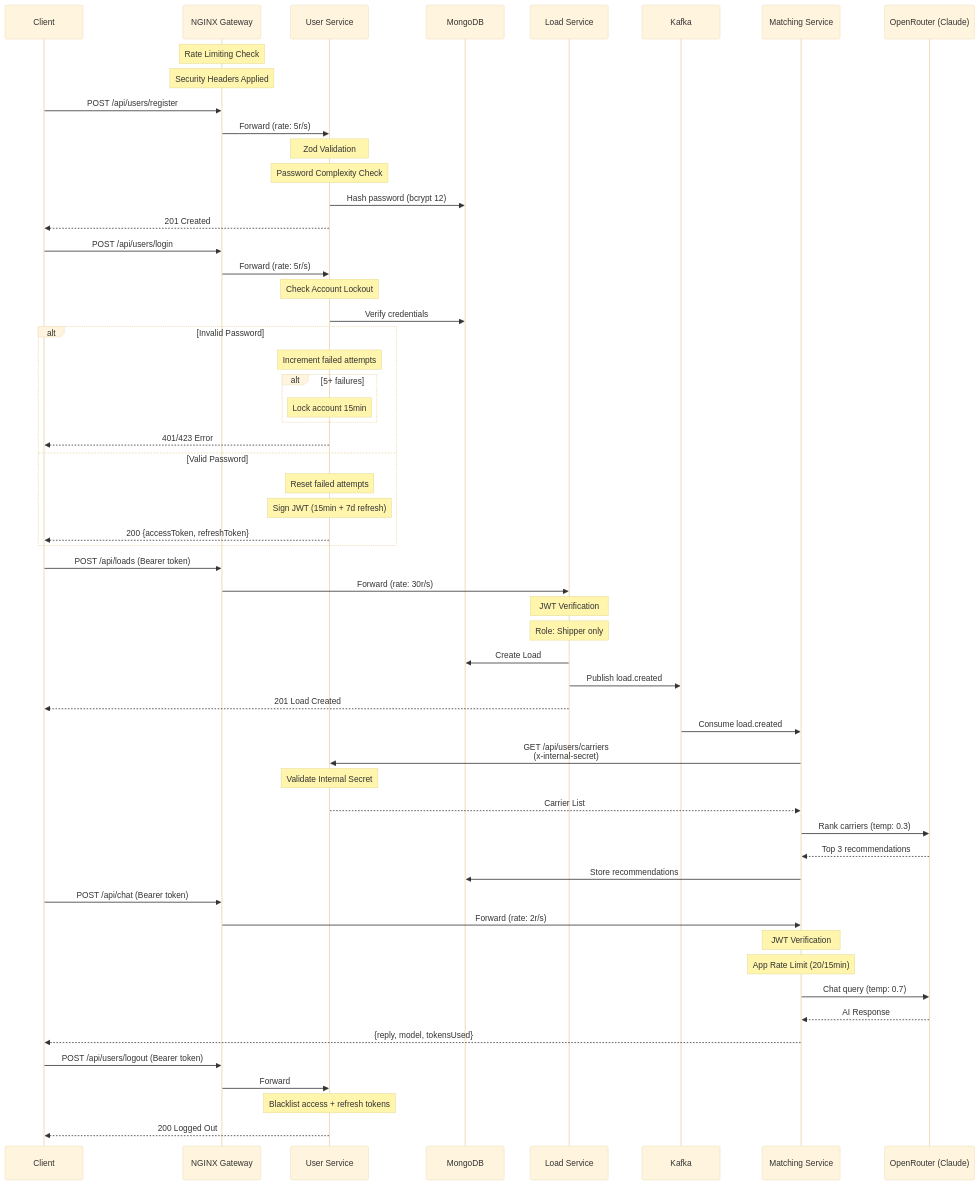
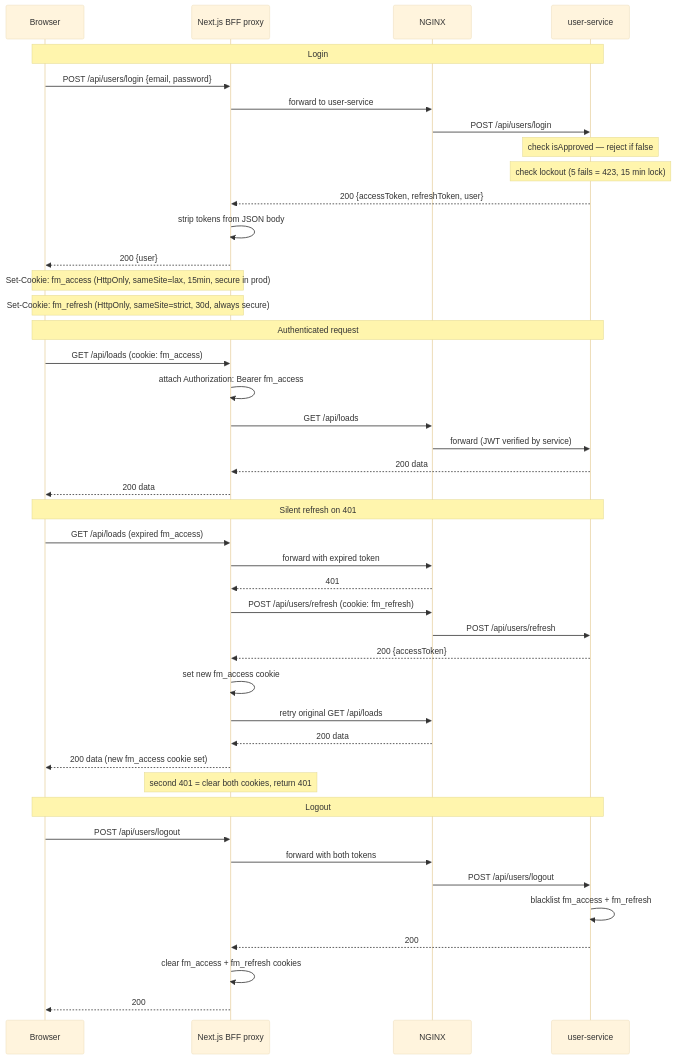
One commit to yigitbozyaka/freightmatch changed the third of 6 diagrams in docs/ARCHITECTURE.md. Above: the diagram before and after it, drawn with Mermaid (base theme). The commit also changed other lines of this file and 1 other file, not shown here.

First line of the commit message:
docs: rewrite ARCHITECTURE.md with renderable Mermaid diagrams (#99)

````diff
--- a/docs/ARCHITECTURE.md
+++ b/docs/ARCHITECTURE.md
@@ -145,66 +123,50 @@
 ```mermaid
 sequenceDiagram
-    participant C as Client
-    participant N as NGINX Gateway
-    participant U as User Service
-    participant DB as MongoDB
-    participant L as Load Service
-    participant K as Kafka
-    participant M as Matching Service
-    participant AI as OpenRouter (Claude)
+    participant Browser as Browser
+    participant BFF as Next.js BFF proxy
+    participant NGINX as NGINX
+    participant US as user-service
 
-    Note over N: Rate Limiting Check
-    Note over N: Security Headers Applied
+    Note over Browser,US: Login
+    Browser->>BFF: POST /api/users/login {email, password}
+    BFF->>NGINX: forward to user-service
+    NGINX->>US: POST /api/users/login
+    Note over US: check isApproved — reject if false
+    Note over US: check lockout (5 fails = 423, 15 min lock)
+    US-->>BFF: 200 {accessToken, refreshToken, user}
+    BFF->>BFF: strip tokens from JSON body
+    BFF-->>Browser: 200 {user}
+    Note over BFF,Browser: Set-Cookie: fm_access (HttpOnly, sameSite=lax, 15min, secure in prod)
+    Note over BFF,Browser: Set-Cookie: fm_refresh (HttpOnly, sameSite=strict, 30d, always secure)
 
-    C->>N: POST /api/users/register
-    N->>U: Forward (rate: 5r/s)
-    Note over U: Zod Validation
-    Note over U: Password Complexity Check
-    U->>DB: Hash password (bcrypt 12)
-    U-->>C: 201 Created
+    Note over Browser,US: Authenticated request
+    Browser->>BFF: GET /api/loads (cookie: fm_access)
+    BFF->>BFF: attach Authorization: Bearer fm_access
+    BFF->>NGINX: GET /api/loads
+    NGINX->>US: forward (JWT verified by service)
+    US-->>BFF: 200 data
+    BFF-->>Browser: 200 data
 
-    C->>N: POST /api/users/login
-    N->>U: Forward (rate: 5r/s)
-    Note over U: Check Account Lockout
-    U->>DB: Verify credentials
-    alt Invalid Password
-        Note over U: Increment failed attempts
-        alt 5+ failures
-            Note over U: Lock account 15min
-        end
-        U-->>C: 401/423 Error
-    else Valid Password
-        Note over U: Reset failed attempts
-        Note over U: Sign JWT (15min + 7d refresh)
-        U-->>C: 200 {accessToken, refreshToken}
-    end
+    Note over Browser,US: Silent refresh on 401
+    Browser->>BFF: GET /api/loads (expired fm_access)
+    BFF->>NGINX: forward with expired token
+    NGINX-->>BFF: 401
+    BFF->>NGINX: POST /api/users/refresh (cookie: fm_refresh)
+    NGINX->>US: POST /api/users/refresh
+    US-->>BFF: 200 {accessToken}
+    BFF->>BFF: set new fm_access cookie
+    BFF->>NGINX: retry original GET /api/loads
+    NGINX-->>BFF: 200 data
+    BFF-->>Browser: 200 data (new fm_access cookie set)
 
-    C->>N: POST /api/loads (Bearer token)
-    N->>L: Forward (rate: 30r/s)
-    Note over L: JWT Verification
-    Note over L: Role: Shipper only
-    L->>DB: Create Load
-    L->>K: Publish load.created
-    L-->>C: 201 Load Created
+    Note over BFF: second 401 = clear both cookies, return 401
 
-    K->>M: Consume load.created
-    M->>U: GET /api/users/carriers<br/>(x-internal-secret)
-    Note over U: Validate Internal Secret
-    U-->>M: Carrier List
-    M->>AI: Rank carriers (temp: 0.3)
-    AI-->>M: Top 3 recommendations
-    M->>DB: Store recommendations
-
-    C->>N: POST /api/chat (Bearer token)
-    N->>M: Forward (rate: 2r/s)
-    Note over M: JWT Verification
-    Note over M: App Rate Limit (20/15min)
-    M->>AI: Chat query (temp: 0.7)
-    AI-->>M: AI Response
-    M-->>C: {reply, model, tokensUsed}
-
-    C->>N: POST /api/users/logout (Bearer token)
-    N->>U: Forward
-    Note over U: Blacklist access + refresh tokens
-    U-->>C: 200 Logged Out
+    Note over Browser,US: Logout
+    Browser->>BFF: POST /api/users/logout
+    BFF->>NGINX: forward with both tokens
+    NGINX->>US: POST /api/users/logout
+    US->>US: blacklist fm_access + fm_refresh
+    US-->>BFF: 200
+    BFF->>BFF: clear fm_access + fm_refresh cookies
+    BFF-->>Browser: 200
 ```
````
